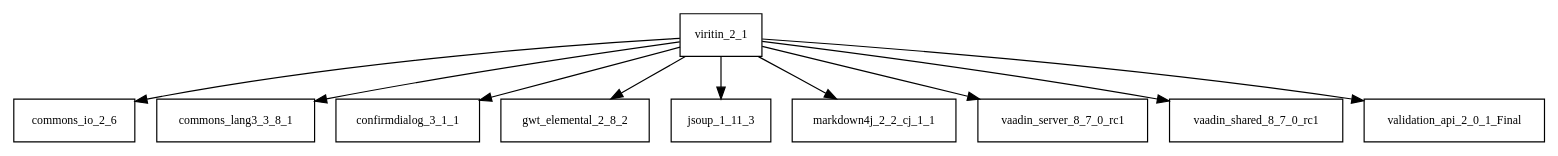
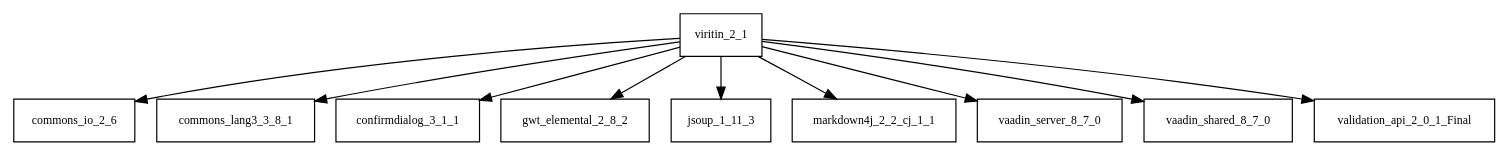
Before and after one commit to Hack23/cia: the diagram in tattleTaleReport/graphviz/viritin-2.1.jar/viritin-2.1.jar.dot, drawn with Graphviz. The commit also changed 2445 other files, not shown here.

```diff
--- a/tattleTaleReport/graphviz/viritin-2.1.jar/viritin-2.1.jar.dot
+++ b/tattleTaleReport/graphviz/viritin-2.1.jar/viritin-2.1.jar.dot
@@ -1,12 +1,12 @@
 digraph viritin_2_1_dependencies {
   node [shape = box, fontsize=10.0];
   viritin_2_1 -> commons_io_2_6;
   viritin_2_1 -> commons_lang3_3_8_1;
   viritin_2_1 -> confirmdialog_3_1_1;
   viritin_2_1 -> gwt_elemental_2_8_2;
   viritin_2_1 -> jsoup_1_11_3;
   viritin_2_1 -> markdown4j_2_2_cj_1_1;
-  viritin_2_1 -> vaadin_server_8_7_0_rc1;
-  viritin_2_1 -> vaadin_shared_8_7_0_rc1;
+  viritin_2_1 -> vaadin_server_8_7_0;
+  viritin_2_1 -> vaadin_shared_8_7_0;
   viritin_2_1 -> validation_api_2_0_1_Final;
 }
```
